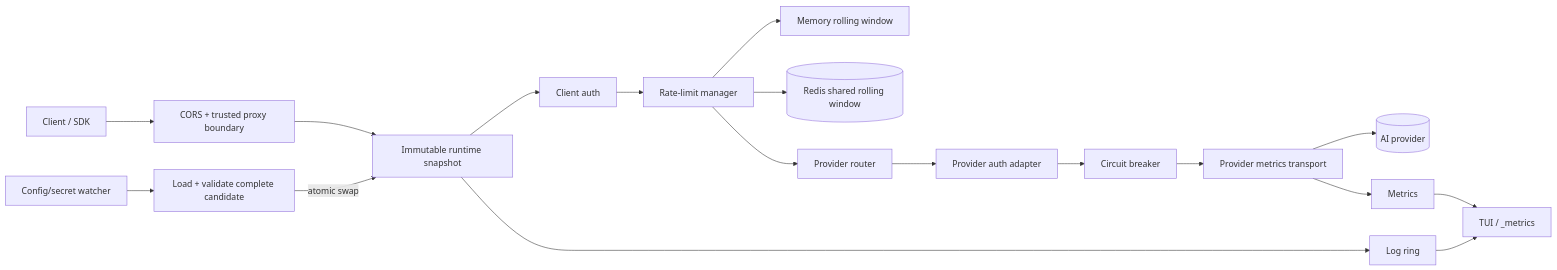
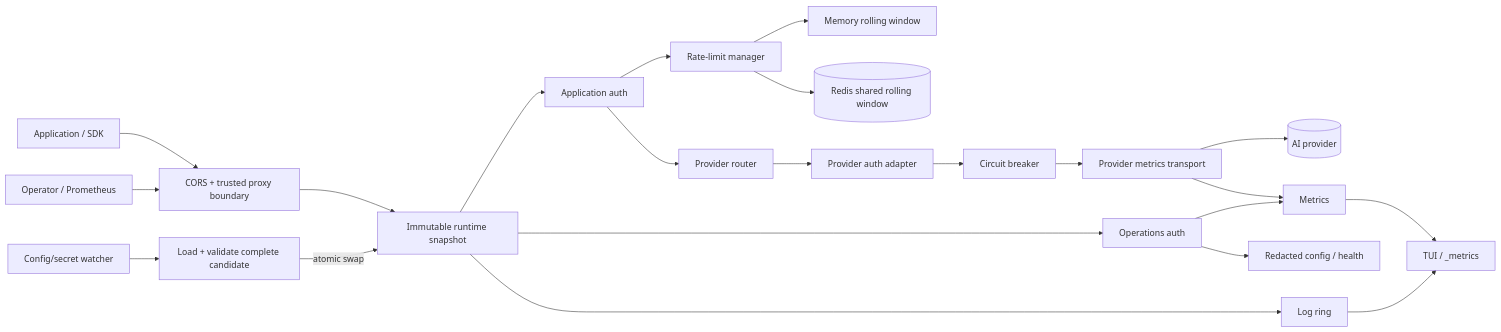
One commit to Homiakus/GemGate changed the diagram in docs/ARCHITECTURE.md. Above: the diagram before and after it, drawn with Mermaid. The commit also changed other lines of this file, not shown here.

Commit message:
Document control-plane architecture

````diff
--- a/docs/ARCHITECTURE.md
+++ b/docs/ARCHITECTURE.md
@@ -7,20 +7,24 @@
 ```mermaid
 flowchart LR
-    C[Client / SDK] --> X[CORS + trusted proxy boundary]
+    C[Application / SDK] --> X[CORS + trusted proxy boundary]
+    O[Operator / Prometheus] --> X
     X --> S[Immutable runtime snapshot]
-    S --> A[Client auth]
+    S --> A[Application auth]
+    S --> OA[Operations auth]
     A --> RL[Rate-limit manager]
     RL --> MEM[Memory rolling window]
     RL --> REDIS[(Redis shared rolling window)]
-    RL --> R[Provider router]
+    A --> R[Provider router]
     R --> P[Provider auth adapter]
     P --> CB[Circuit breaker]
     CB --> PM[Provider metrics transport]
     PM --> U[(AI provider)]
     PM --> M[Metrics]
     S --> L[Log ring]
+    OA --> M
+    OA --> CFG[Redacted config / health]
     M --> T[TUI / _metrics]
     L --> T
     W[Config/secret watcher] --> V[Load + validate complete candidate]
     V -->|atomic swap| S
 ```
````
